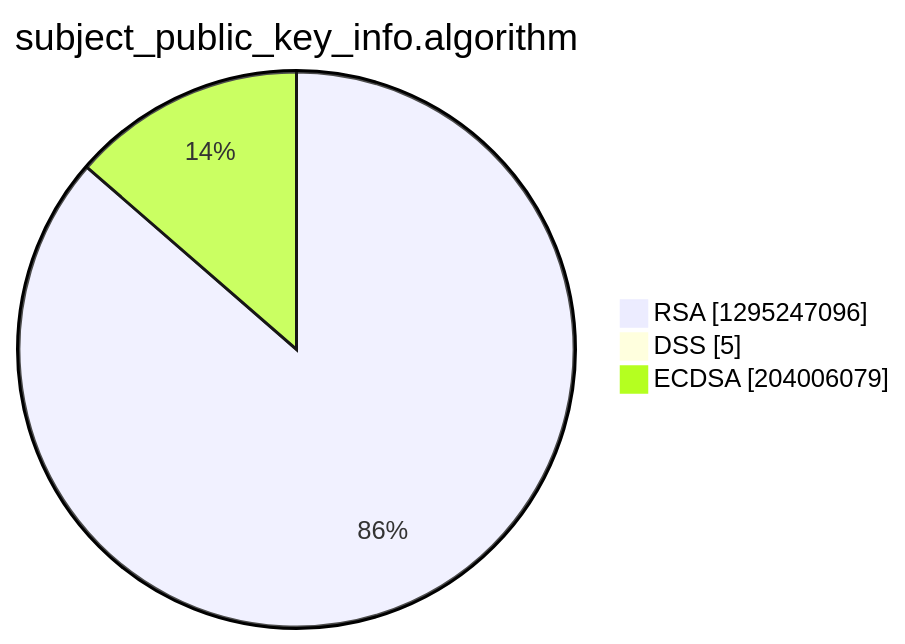
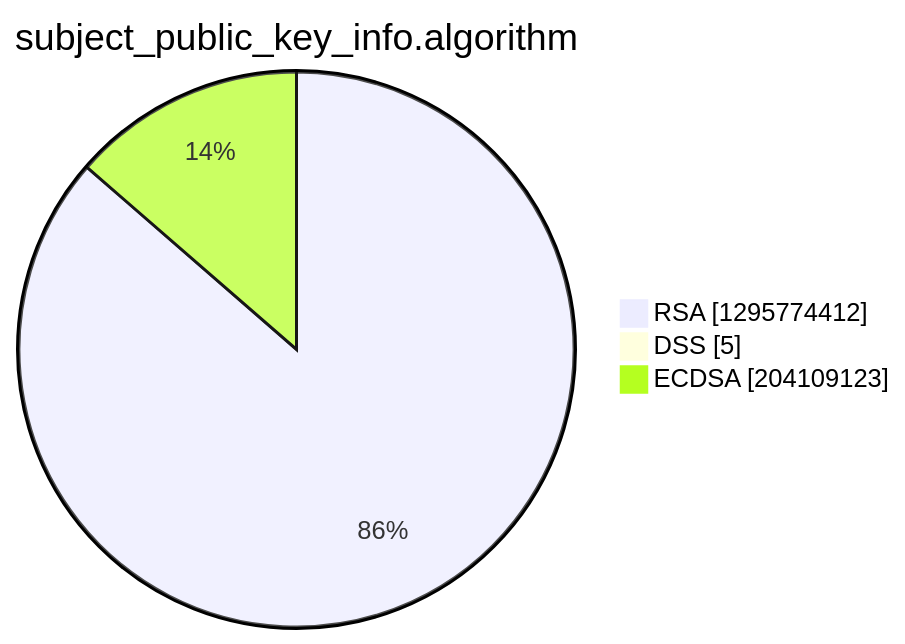
The third of 15 diagrams in argon2022/README.md (christiankrug/ctmonitor_visualization), drawn with Mermaid before and after one commit. The commit also changed other lines of this file, not shown here.

````diff
--- a/argon2022/README.md
+++ b/argon2022/README.md
@@ -14,7 +14,7 @@
 ```mermaid
 pie showData
 title subject_public_key_info.algorithm
-"RSA" :1295247096
+"RSA" :1295774412
 "DSS" :5
-"ECDSA" :204006079
+"ECDSA" :204109123
 ```
````
